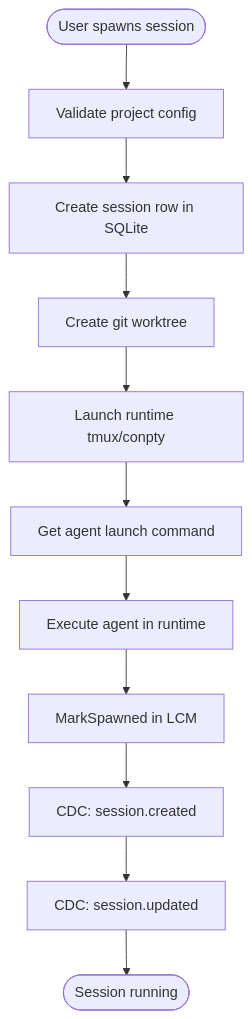
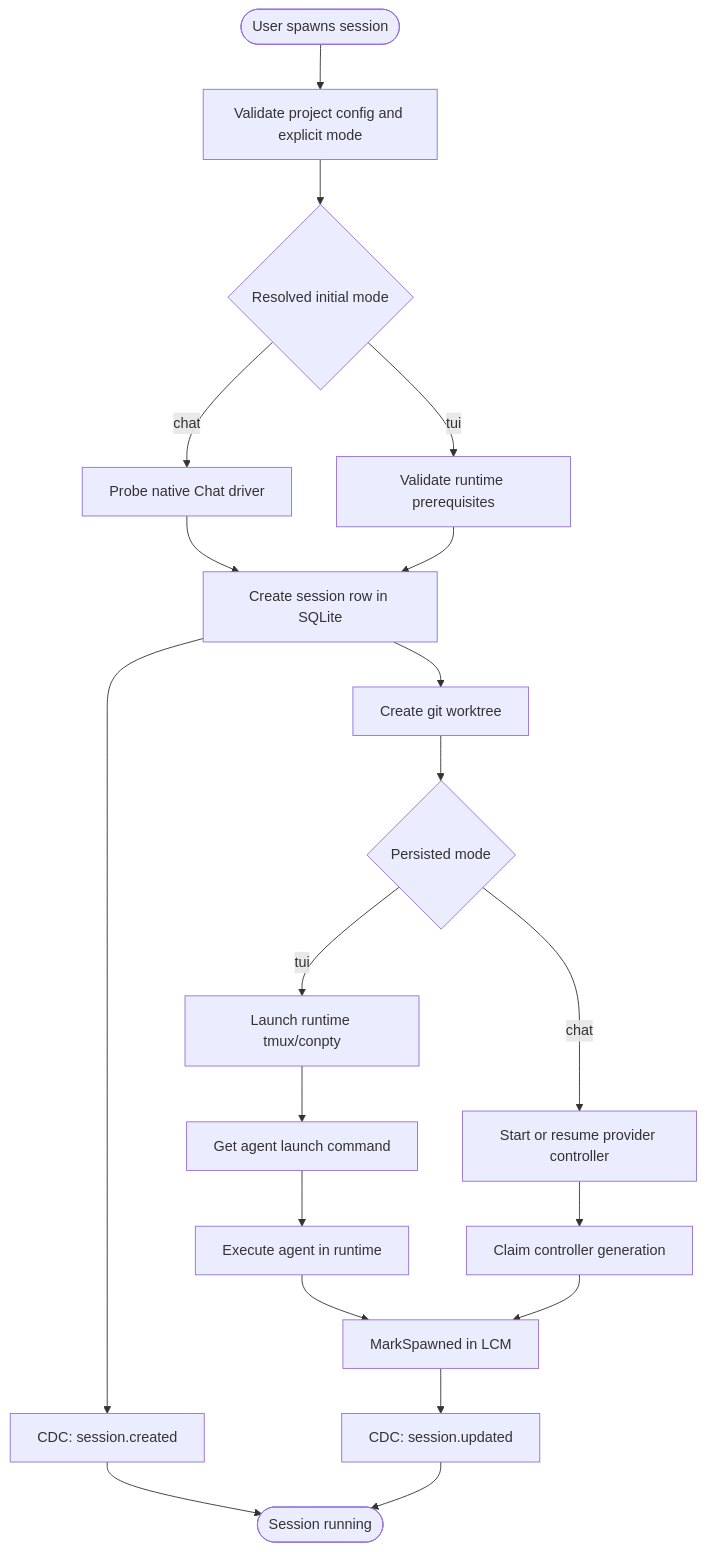
The seventh of 24 diagrams in docs/architecture.md (AronPerez/agent-orchestrator), drawn with Mermaid before and after one commit. The commit also changed other lines of this file and 744 other files, not shown here.

````diff
--- a/docs/architecture.md
+++ b/docs/architecture.md
@@ -266,14 +292,23 @@
 ```mermaid
 flowchart TD
-    Start([User spawns session]) --> Validate[Validate project config]
-    Validate --> CreateRow[Create session row in SQLite]
+    Start([User spawns session]) --> Validate[Validate project config and explicit mode]
+    Validate --> InitialMode{Resolved initial mode}
+    InitialMode -->|chat| Preflight[Probe native Chat driver]
+    InitialMode -->|tui| RuntimePreflight[Validate runtime prerequisites]
+    Preflight --> CreateRow[Create session row in SQLite]
+    RuntimePreflight --> CreateRow
+    CreateRow --> Trigger1[CDC: session.created]
     CreateRow --> CreateWS[Create git worktree]
-    CreateWS --> CreateRT[Launch runtime tmux/conpty]
+    CreateWS --> LaunchMode{Persisted mode}
+    LaunchMode -->|tui| CreateRT[Launch runtime tmux/conpty]
     CreateRT --> GetCmd[Get agent launch command]
     GetCmd --> ExecAgent[Execute agent in runtime]
+    LaunchMode -->|chat| ChatController[Start or resume provider controller]
+    ChatController --> Fence[Claim controller generation]
     ExecAgent --> MarkSpawned[MarkSpawned in LCM]
-    MarkSpawned --> Trigger1[CDC: session.created]
-    Trigger1 --> Trigger2[CDC: session.updated]
+    Fence --> MarkSpawned
+    MarkSpawned --> Trigger2[CDC: session.updated]
+    Trigger1 --> Done
     Trigger2 --> Done([Session running])
 
 ```
````
